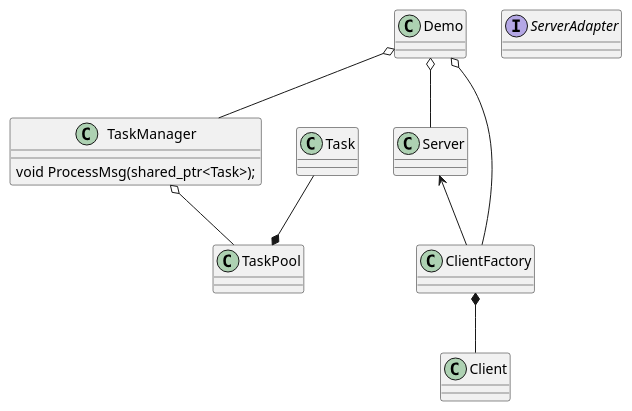
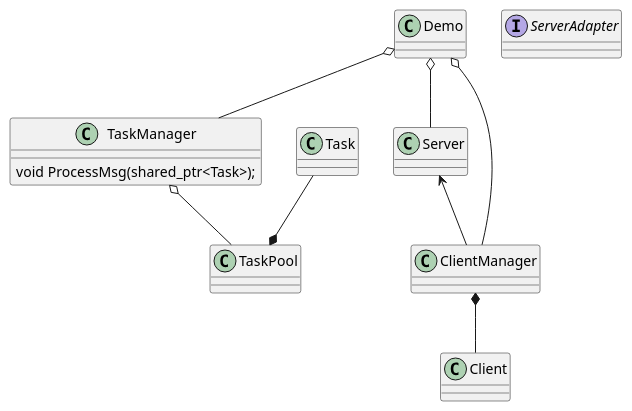
One commit to ZeroOf/cpp_practice changed the diagram in src/DemoApp/design/readme.md. Above: the diagram before and after it, drawn with PlantUML. The commit also changed 20 other files, not shown here.

````diff
--- a/src/DemoApp/design/readme.md
+++ b/src/DemoApp/design/readme.md
@@ -9,22 +9,22 @@
 ```plantuml
 @startuml
 class Demo
 class TaskManager {
     void ProcessMsg(shared_ptr<Task>);
 }
 interface ServerAdapter
 class TaskPool
 class Task
 Task --* TaskPool
 class Server
 class Client
-class ClientFactory
-ClientFactory *-- Client
-Demo o-- ClientFactory
+class ClientManager
+ClientManager *-- Client
+Demo o-- ClientManager
 Demo o-- Server
 TaskManager o-- TaskPool
 Demo o-- TaskManager
-Server <-- ClientFactory
+Server <-- ClientManager
 
 @enduml
 ```
````
